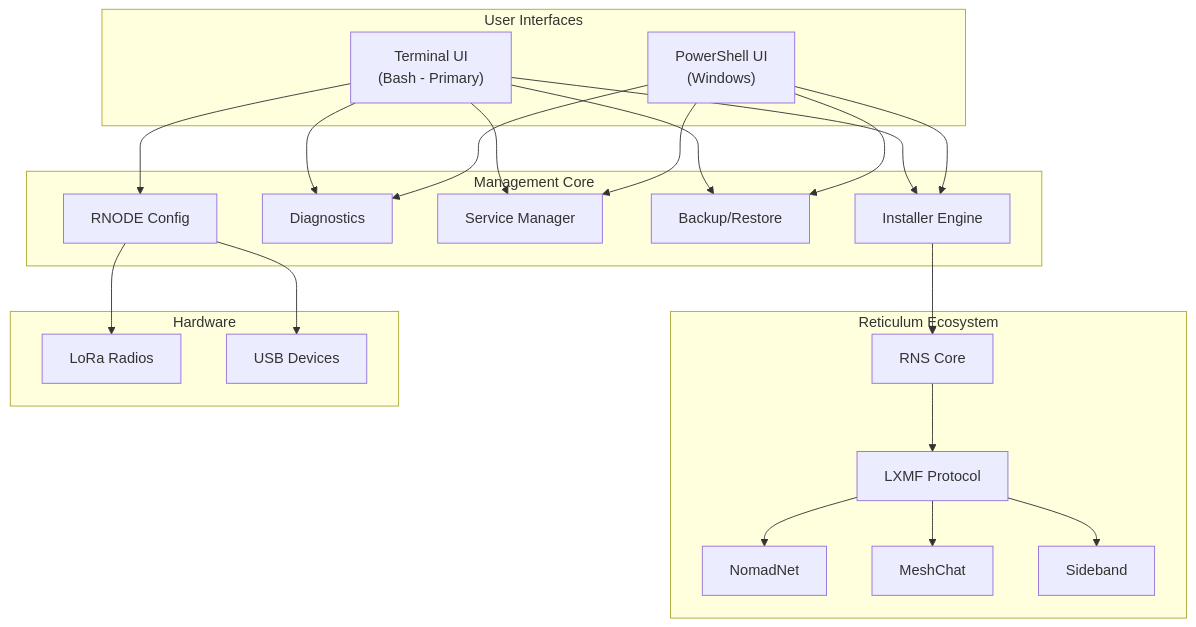
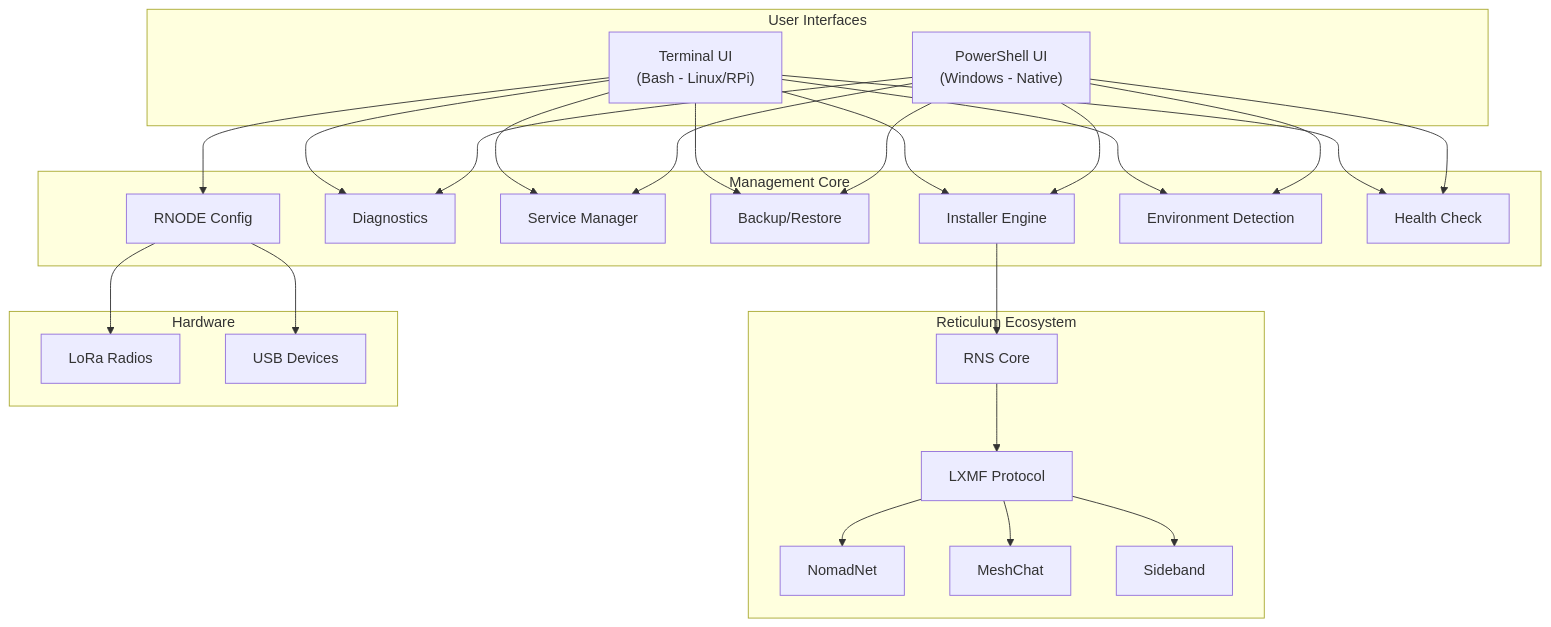
One commit to Nursedude/RNS-Management-Tool changed the second of 6 diagrams in README.md. Above: the diagram before and after it, drawn with Mermaid. The commit also changed other lines of this file and 1 other file, not shown here.

First line of the commit message:
feat(powershell,docs): port env patterns to Windows, MeshForge ecosystem README

````diff
--- a/README.md
+++ b/README.md
@@ -17,35 +52,37 @@
 ```mermaid
 graph TB
     subgraph "User Interfaces"
-        TUI["Terminal UI<br/>(Bash - Primary)"]
-        PS["PowerShell UI<br/>(Windows)"]
+        TUI["Terminal UI<br/>(Bash - Linux/RPi)"]
+        PS["PowerShell UI<br/>(Windows - Native)"]
     end
 
     subgraph "Management Core"
         INST[Installer Engine]
         DIAG[Diagnostics]
         SVC[Service Manager]
         BACKUP[Backup/Restore]
         RNODE[RNODE Config]
+        ENV[Environment Detection]
+        HEALTH[Health Check]
     end
 
     subgraph "Reticulum Ecosystem"
         RNS[RNS Core]
         LXMF[LXMF Protocol]
         NOMAD[NomadNet]
         MESH[MeshChat]
         SIDE[Sideband]
     end
 
     subgraph "Hardware"
         LORA[LoRa Radios]
         USB[USB Devices]
     end
 
-    TUI --> INST & DIAG & SVC & BACKUP & RNODE
-    PS --> INST & DIAG & SVC & BACKUP
+    TUI --> INST & DIAG & SVC & BACKUP & RNODE & ENV & HEALTH
+    PS --> INST & DIAG & SVC & BACKUP & ENV & HEALTH
 
     INST --> RNS --> LXMF
     LXMF --> NOMAD & MESH & SIDE
     RNODE --> LORA & USB
 ```
````
